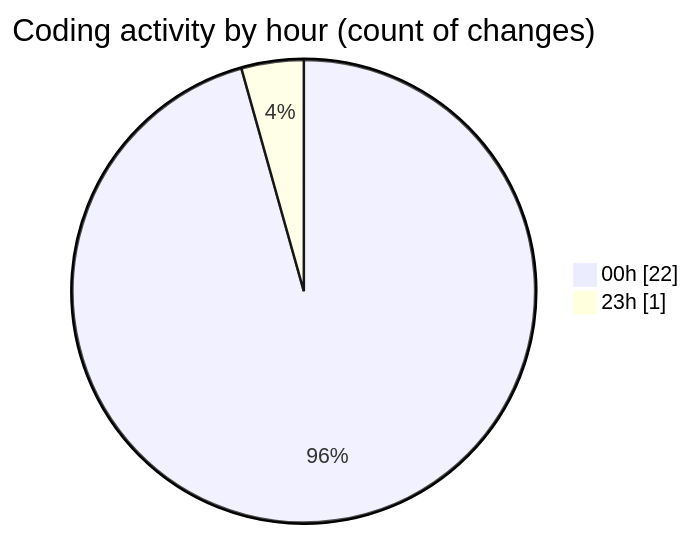
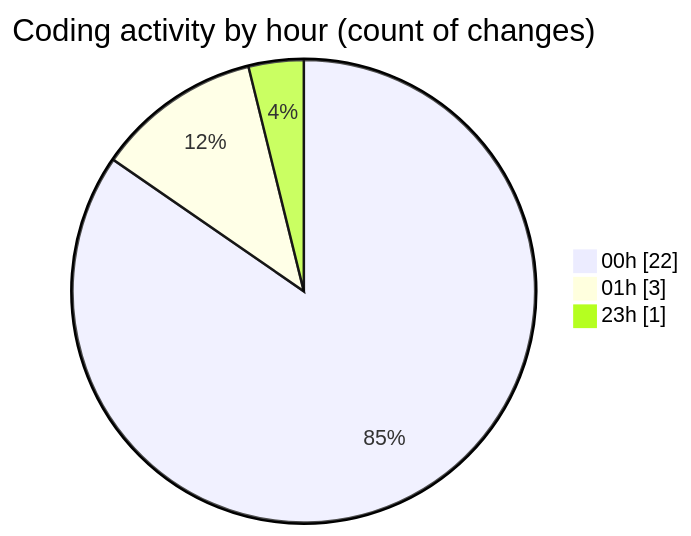
One commit to EIIisD/code-tracking changed the second of 2 diagrams in 2025-07-29/refunds/README.md. Above: the diagram before and after it, drawn with Mermaid. The commit also changed other lines of this file and 1 other file, not shown here.

````diff
--- a/2025-07-29/refunds/README.md
+++ b/2025-07-29/refunds/README.md
@@ -28,6 +28,7 @@
 ```mermaid
 pie showData
 title Coding activity by hour (count of changes)
 "00h" : 22
+"01h" : 3
 "23h" : 1
 ```
````
